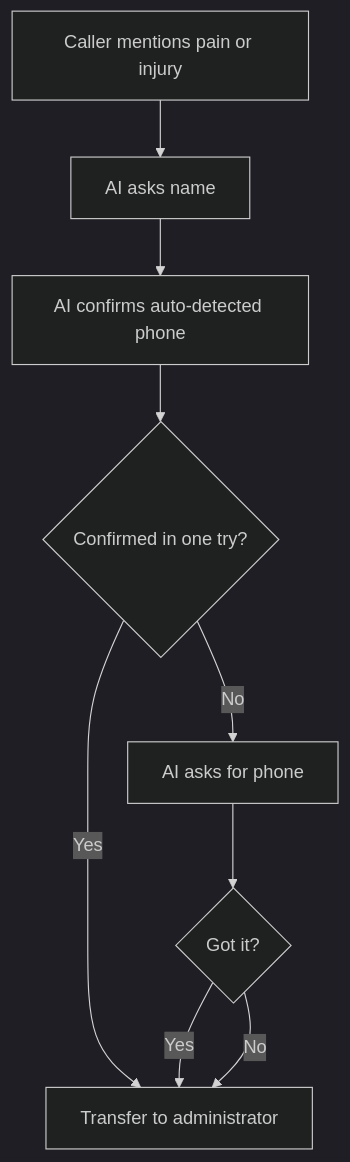
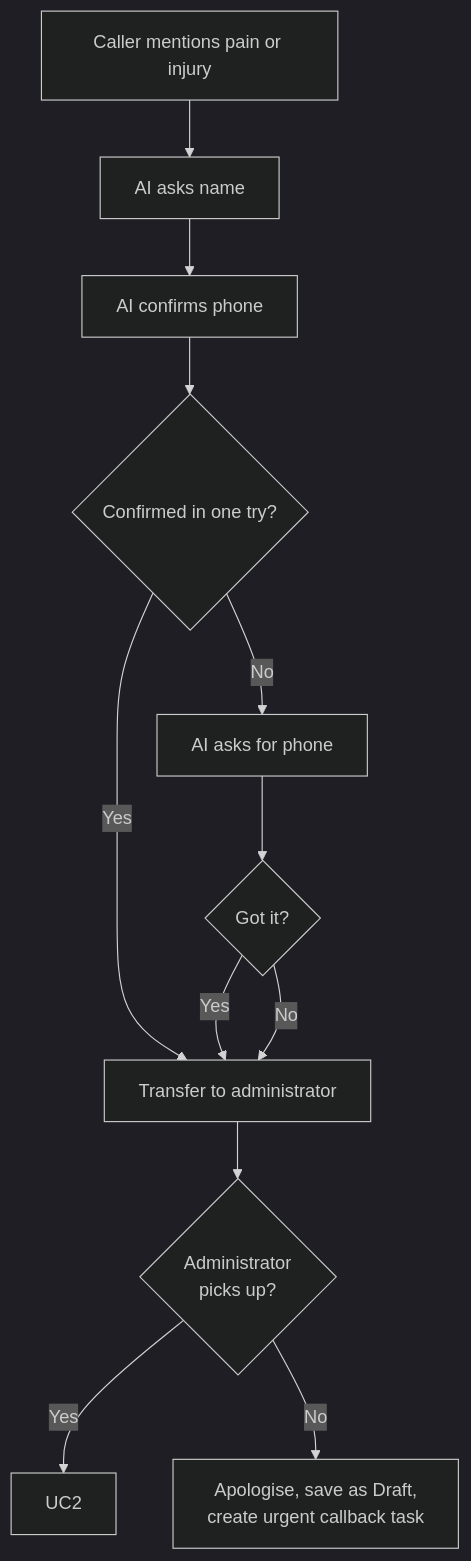
The second of 4 diagrams in docs/demo-process.md (ice-propelled-inc/crm-demo), drawn with Mermaid (dark theme) before and after one commit. The commit also changed other lines of this file and 32 other files, not shown here.

````diff
--- a/docs/demo-process.md
+++ b/docs/demo-process.md
@@ -110,11 +204,14 @@
 ```mermaid
 flowchart TD
     A[Caller mentions pain or injury] --> B[AI asks name]
-    B --> C[AI confirms auto-detected phone]
+    B --> C[AI confirms phone]
     C --> D{Confirmed in one try?}
     D -- Yes --> E[Transfer to administrator]
     D -- No --> F[AI asks for phone]
     F --> G{Got it?}
     G -- Yes --> E
     G -- No --> E
+    E --> P{Administrator<br/>picks up?}
+    P -- Yes --> UC2[UC2]
+    P -- No --> T[Apologise, save as Draft,<br/>create urgent callback task]
 ```
````
